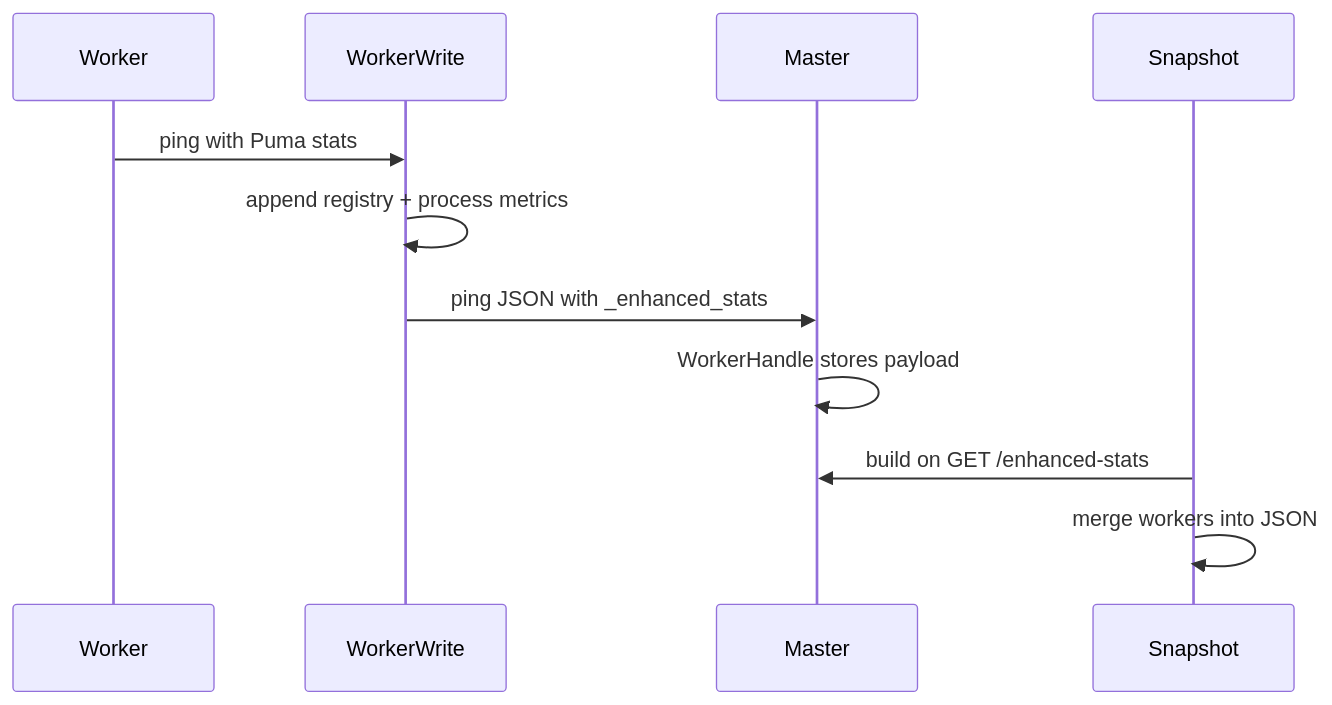
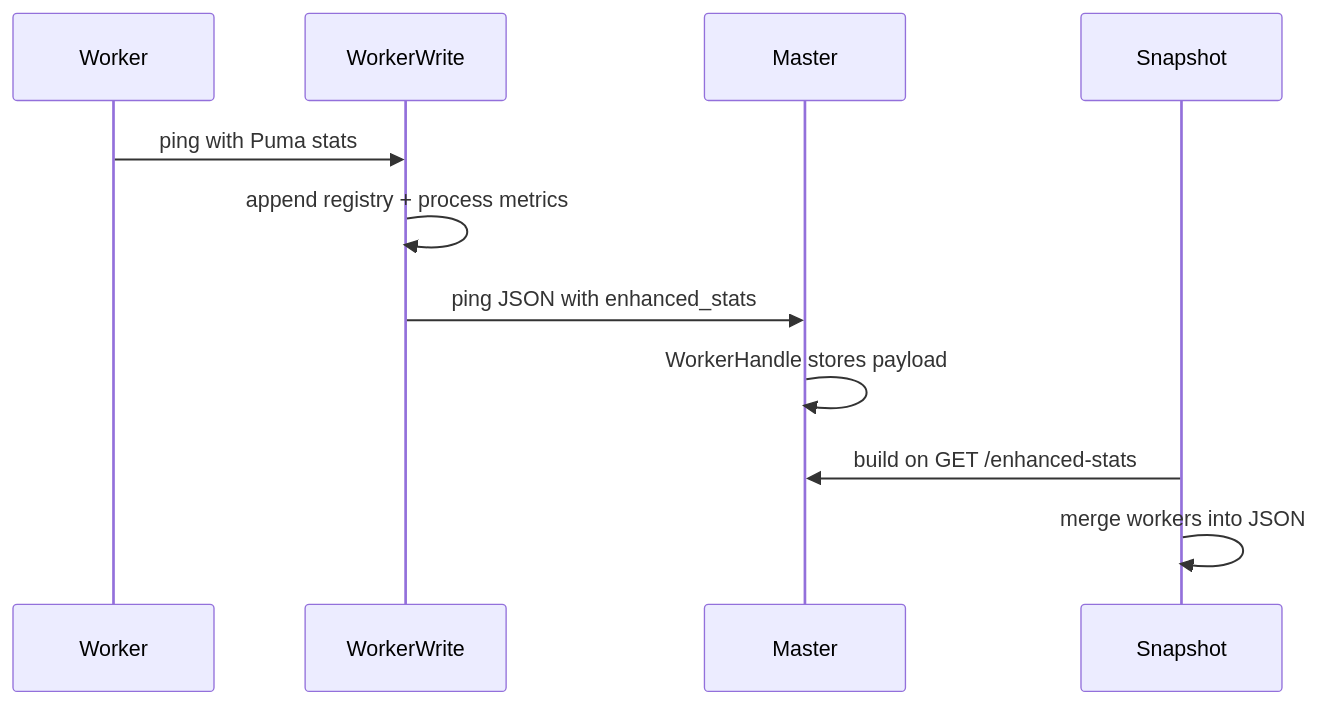
Before and after one commit to smart-sgisistemas/puma-enhanced-stats: the diagram in README.md, drawn with Mermaid. The commit also changed other lines of this file and 60 other files, not shown here.

First line of the commit message:
Release puma-enhanced-stats v0.3.1.

````diff
--- a/README.md
+++ b/README.md
@@ -500,14 +505,14 @@
 ```mermaid
 sequenceDiagram
   participant Worker
   participant WorkerWrite
   participant Master
   participant Snapshot
 
   Worker->>WorkerWrite: ping with Puma stats
   WorkerWrite->>WorkerWrite: append registry + process metrics
-  WorkerWrite->>Master: ping JSON with _enhanced_stats
+  WorkerWrite->>Master: ping JSON with enhanced_stats
   Master->>Master: WorkerHandle stores payload
   Snapshot->>Master: build on GET /enhanced-stats
   Snapshot->>Snapshot: merge workers into JSON
 ```
````
